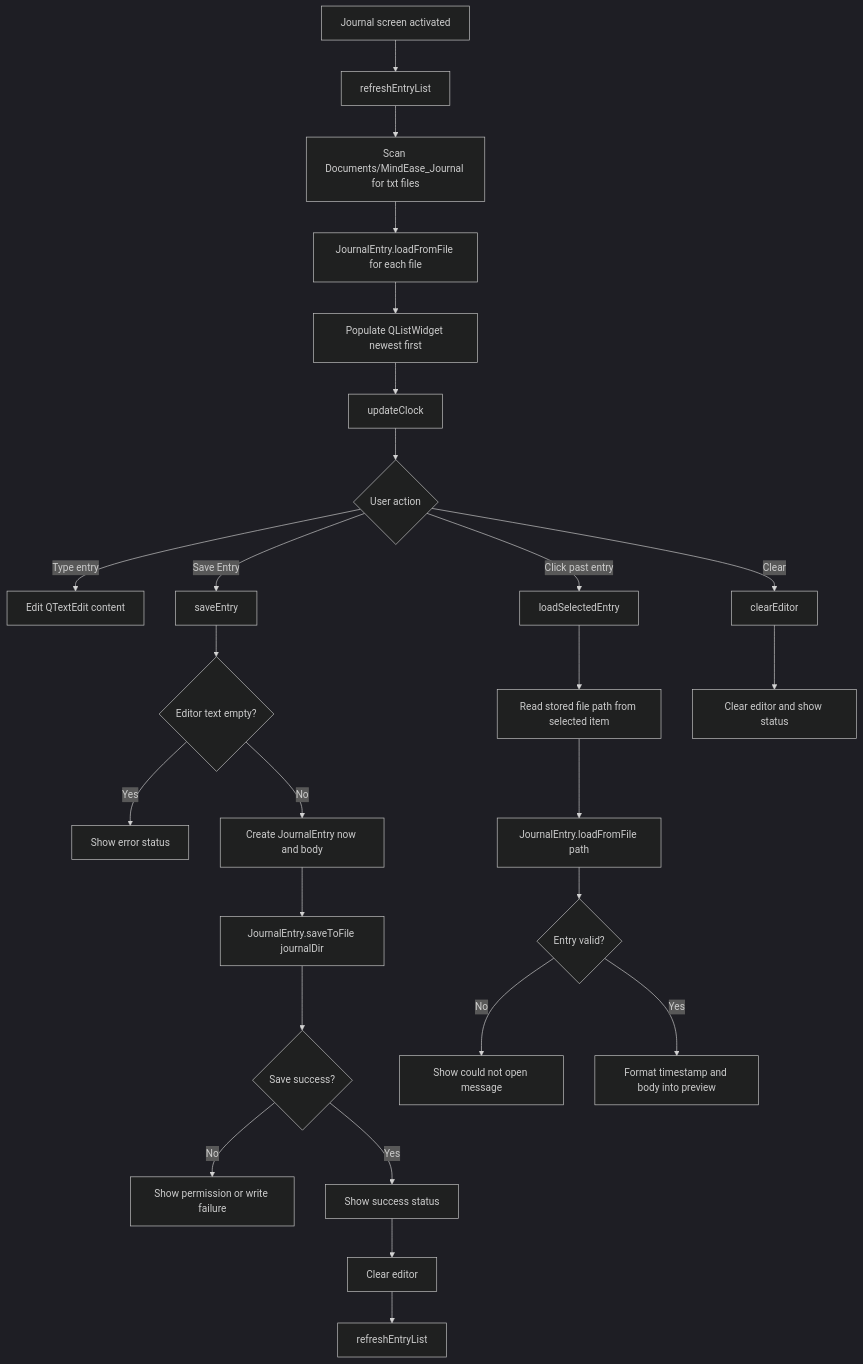
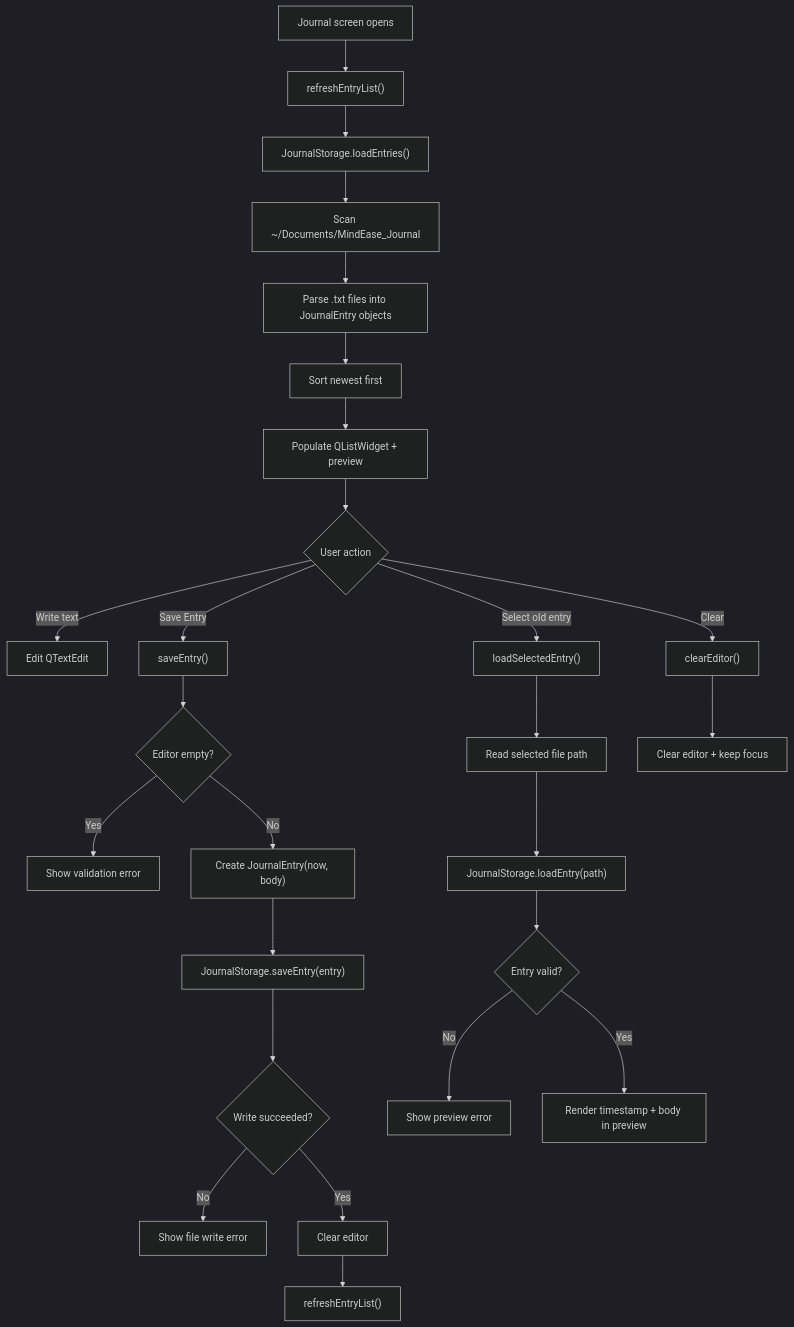
Before and after one commit to PhyoThihaOo32/MindEasePanther: the fifth of 8 diagrams in ARCHITECTURE_DIAGRAMS.md, drawn with Mermaid (dark theme). The commit also changed other lines of this file and 76 other files, not shown here.

````diff
--- a/ARCHITECTURE_DIAGRAMS.md
+++ b/ARCHITECTURE_DIAGRAMS.md
@@ -98,32 +123,32 @@
 ```mermaid
 flowchart TD
-    A[Journal screen activated] --> B[refreshEntryList]
-    B --> C[Scan Documents/MindEase_Journal for txt files]
-    C --> D[JournalEntry.loadFromFile for each file]
-    D --> E[Populate QListWidget newest first]
-    E --> F[updateClock]
+    A["Journal screen opens"] --> B["refreshEntryList()"]
+    B --> C["JournalStorage.loadEntries()"]
+    C --> D["Scan ~/Documents/MindEase_Journal"]
+    D --> E["Parse .txt files into JournalEntry objects"]
+    E --> F["Sort newest first"]
+    F --> G["Populate QListWidget + preview"]
 
-    F --> G{User action}
-    G -->|Type entry| H[Edit QTextEdit content]
-    G -->|Save Entry| I[saveEntry]
-    G -->|Clear| J[clearEditor]
-    G -->|Click past entry| K[loadSelectedEntry]
+    G --> H{"User action"}
+    H -->|Write text| I["Edit QTextEdit"]
+    H -->|Save Entry| J["saveEntry()"]
+    H -->|Clear| K["clearEditor()"]
+    H -->|Select old entry| L["loadSelectedEntry()"]
 
-    I --> L{Editor text empty?}
-    L -->|Yes| M[Show error status]
-    L -->|No| N[Create JournalEntry now and body]
-    N --> O[JournalEntry.saveToFile journalDir]
-    O --> P{Save success?}
-    P -->|No| Q[Show permission or write failure]
-    P -->|Yes| R[Show success status]
-    R --> S[Clear editor]
-    S --> T[refreshEntryList]
+    J --> M{"Editor empty?"}
+    M -->|Yes| N["Show validation error"]
+    M -->|No| O["Create JournalEntry(now, body)"]
+    O --> P["JournalStorage.saveEntry(entry)"]
+    P --> Q{"Write succeeded?"}
+    Q -->|No| R["Show file write error"]
+    Q -->|Yes| S["Clear editor"]
+    S --> T["refreshEntryList()"]
 
-    K --> U[Read stored file path from selected item]
-    U --> V[JournalEntry.loadFromFile path]
-    V --> W{Entry valid?}
-    W -->|No| X[Show could not open message]
-    W -->|Yes| Y[Format timestamp and body into preview]
+    L --> U["Read selected file path"]
+    U --> V["JournalStorage.loadEntry(path)"]
+    V --> W{"Entry valid?"}
+    W -->|No| X["Show preview error"]
+    W -->|Yes| Y["Render timestamp + body in preview"]
 
-    J --> Z[Clear editor and show status]
+    K --> Z["Clear editor + keep focus"]
 ```
````
